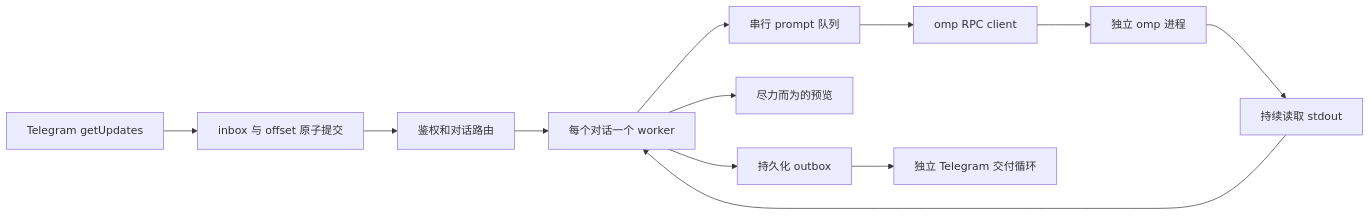
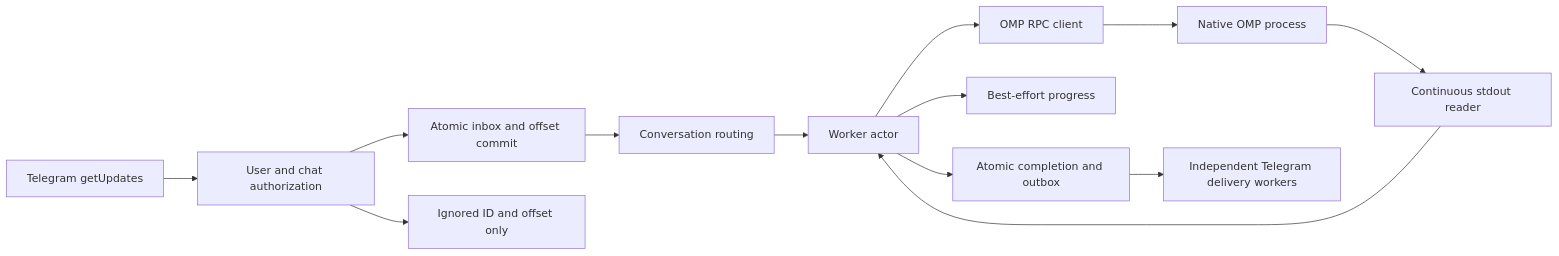
The diagram in doc/architecture.zh.md (fcying/omp-telegram), drawn with Mermaid before and after one commit. The commit also changed other lines of this file and 39 other files, not shown here.

````diff
--- a/doc/architecture.zh.md
+++ b/doc/architecture.zh.md
@@ -34,14 +59,15 @@
 ```mermaid
 flowchart LR
-    TG[Telegram getUpdates] --> IN[inbox 与 offset 原子提交]
-    IN --> AUTH[鉴权和对话路由]
-    AUTH --> W[每个对话一个 worker]
-    W --> Q[串行 prompt 队列]
-    Q --> RPC[omp RPC client]
-    RPC --> OMP[独立 omp 进程]
-    OMP --> READER[持续读取 stdout]
+    TG[Telegram getUpdates] --> AUTH[User and chat authorization]
+    AUTH --> IN[Atomic inbox and offset commit]
+    AUTH --> IG[Ignored ID and offset only]
+    IN --> ROUTE[Conversation routing]
+    ROUTE --> W[Worker actor]
+    W --> RPC[OMP RPC client]
+    RPC --> OMP[Native OMP process]
+    OMP --> READER[Continuous stdout reader]
     READER --> W
-    W --> PREVIEW[尽力而为的预览]
-    W --> OUT[持久化 outbox]
-    OUT --> DELIVERY[独立 Telegram 交付循环]
+    W --> PREVIEW[Best-effort progress]
+    W --> OUT[Atomic completion and outbox]
+    OUT --> SEND[Independent Telegram delivery workers]
 ```
````
